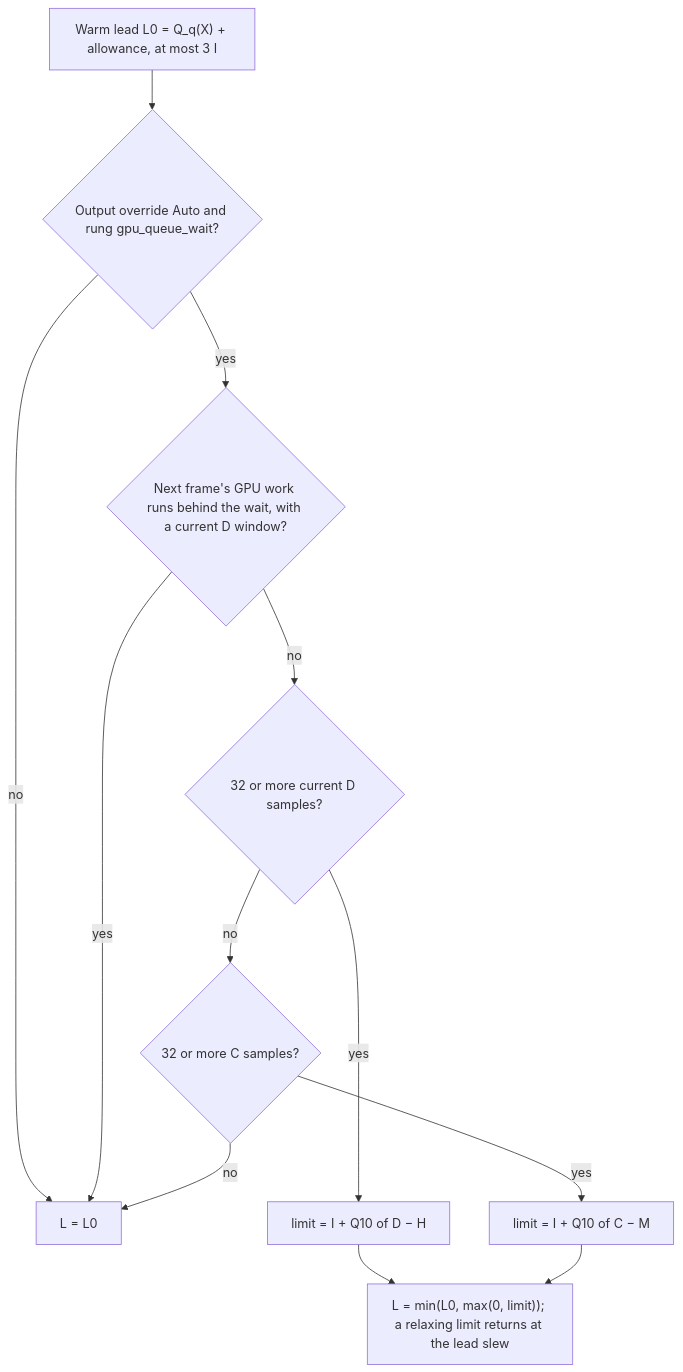
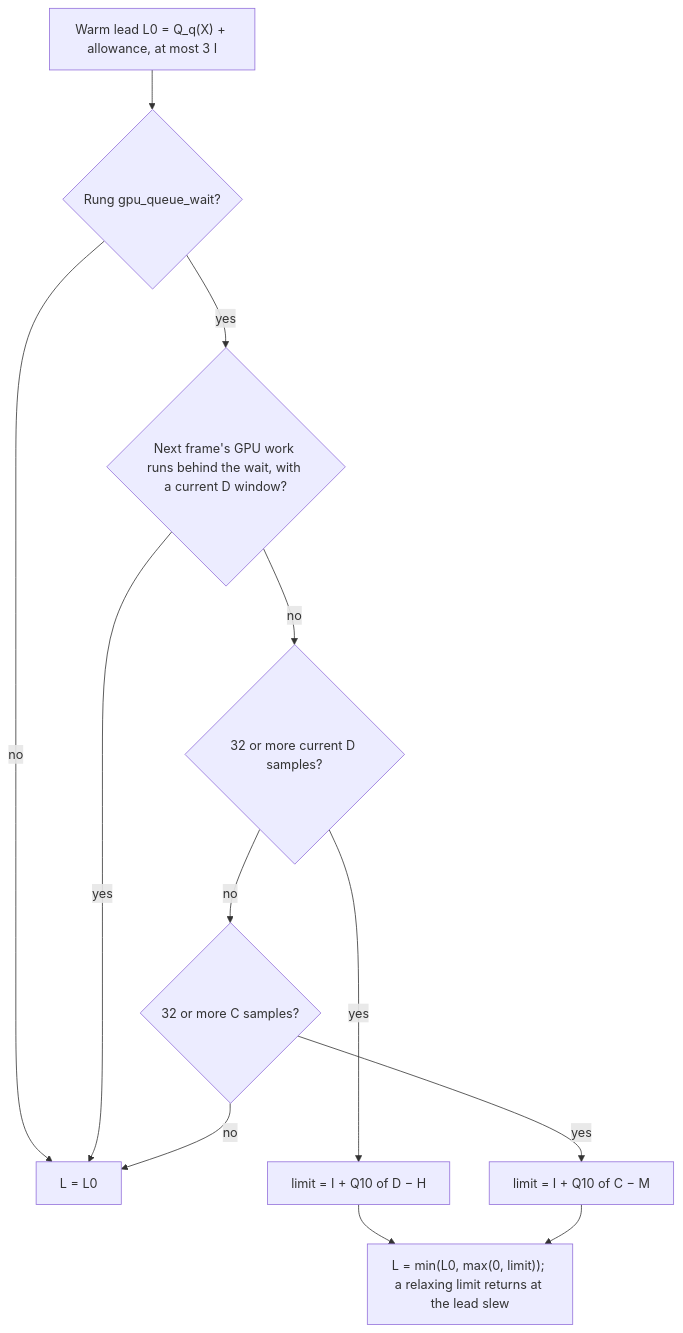
The seventh of 11 diagrams in docs/FRAME_PACING.md (RankFTW/ReLimiter), drawn with Mermaid before and after one commit. The commit also changed other lines of this file and 32 other files, not shown here.

````diff
--- a/docs/FRAME_PACING.md
+++ b/docs/FRAME_PACING.md
@@ -399,14 +385,14 @@
 ```mermaid
 flowchart TD
-    A["Warm lead L0 = Q_q(X) + allowance, at most 3 I"] --> B{"Output override Auto and rung gpu_queue_wait?"}
+    A["Warm lead L0 = Q_q(X) + allowance, at most 3 I"] --> B{"Rung gpu_queue_wait?"}
     B -->|no| Z["L = L0"]
     B -->|yes| C{"Next frame's GPU work runs behind the wait, with a current D window?"}
     C -->|yes| Z
     C -->|no| D{"32 or more current D samples?"}
     D -->|yes| E["limit = I + Q10 of D − H"]
     D -->|no| F{"32 or more C samples?"}
     F -->|yes| G["limit = I + Q10 of C − M"]
     F -->|no| Z
     E --> H["L = min(L0, max(0, limit)); a relaxing limit returns at the lead slew"]
     G --> H
 ```
````
